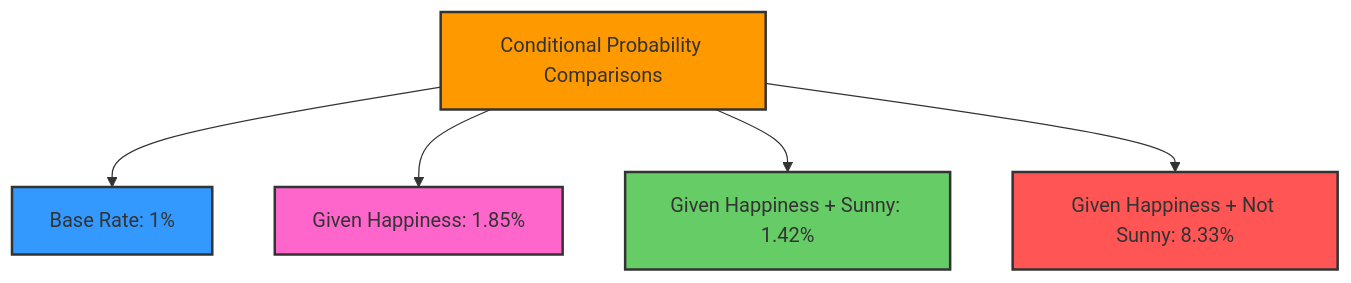
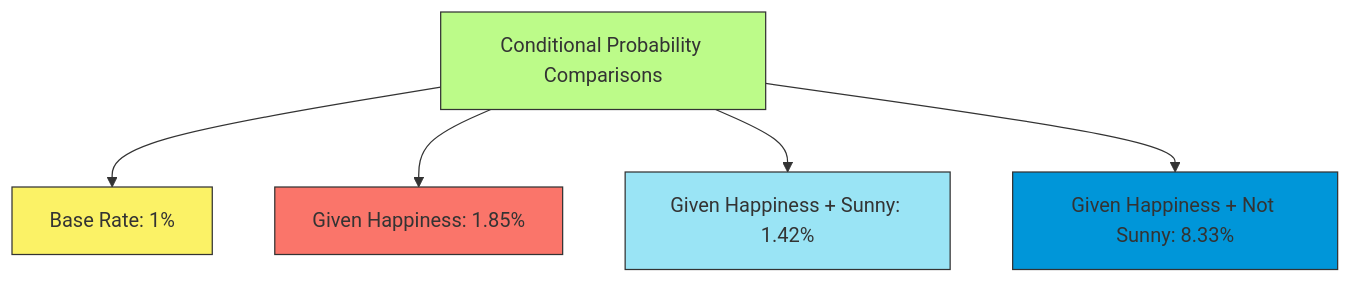
Diagram 23 of 23 in C_2.md (Chaklader/part-of-speech-tagging), drawn with Mermaid before and after one commit. The commit also changed other lines of this file, not shown here.

````diff
--- a/C_2.md
+++ b/C_2.md
@@ -2276,12 +2278,12 @@
 ```mermaid
 flowchart TD
     A["Conditional Probability Comparisons"] --> B["Base Rate: 1%"]
     A --> C["Given Happiness: 1.85%"]
     A --> D["Given Happiness + Sunny: 1.42%"]
     A --> E["Given Happiness + Not Sunny: 8.33%"]
-    style A fill:#ff9900,stroke:#333,stroke-width:2px
-    style B fill:#3399ff,stroke:#333,stroke-width:2px
-    style C fill:#ff66cc,stroke:#333,stroke-width:2px
-    style D fill:#66cc66,stroke:#333,stroke-width:2px
-    style E fill:#ff5555,stroke:#333,stroke-width:2px
+style A fill:#BCFB89,stroke:#333,stroke-width:1px
+  style B fill:#FBF266,stroke:#333,stroke-width:1px
+  style C fill:#FA756A,stroke:#333,stroke-width:1px
+  style D fill:#9AE4F5,stroke:#333,stroke-width:1px
+  style E fill:#0096D9,stroke:#333,stroke-width:1px
 ```
````
